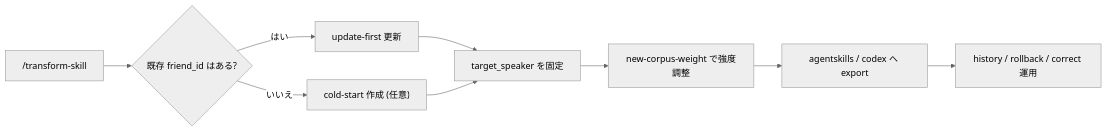
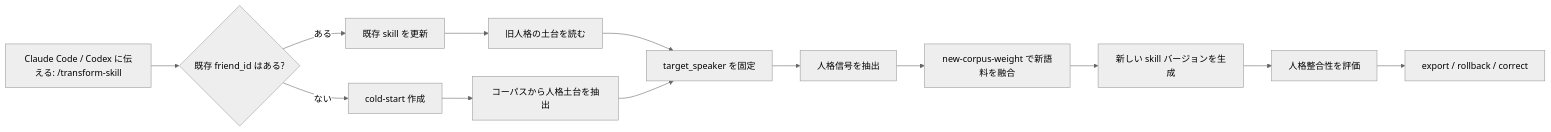
Before and after one commit to Xuan-0929/transform-skill: the diagram in readme_JP.md, drawn with Mermaid (neutral theme). The commit also changed other lines of this file and 40 other files, not shown here.

````diff
--- a/readme_JP.md
+++ b/readme_JP.md
@@ -42,11 +58,15 @@
 ```mermaid
 flowchart LR
-  A["/transform-skill"] --> B{"既存 friend_id はある?"}
-  B -->|はい| C["update-first 更新"]
-  B -->|いいえ| D["cold-start 作成 (任意)"]
-  C --> E["target_speaker を固定"]
-  D --> E
-  E --> F["new-corpus-weight で強度調整"]
-  F --> G["agentskills / codex へ export"]
-  G --> H["history / rollback / correct 運用"]
+  A["Claude Code / Codex に伝える: /transform-skill"] --> B{"既存 friend_id はある?"}
+  B -->|ある| C["既存 skill を更新"]
+  B -->|ない| D["cold-start 作成"]
+  C --> E["旧人格の土台を読む"]
+  D --> F["コーパスから人格土台を抽出"]
+  E --> G["target_speaker を固定"]
+  F --> G
+  G --> H["人格信号を抽出"]
+  H --> I["new-corpus-weight で新語料を融合"]
+  I --> J["新しい skill バージョンを生成"]
+  J --> K["人格整合性を評価"]
+  K --> L["export / rollback / correct"]
 ```
````
